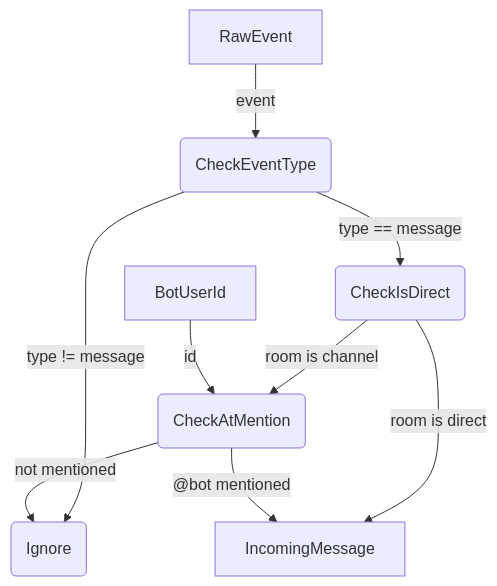
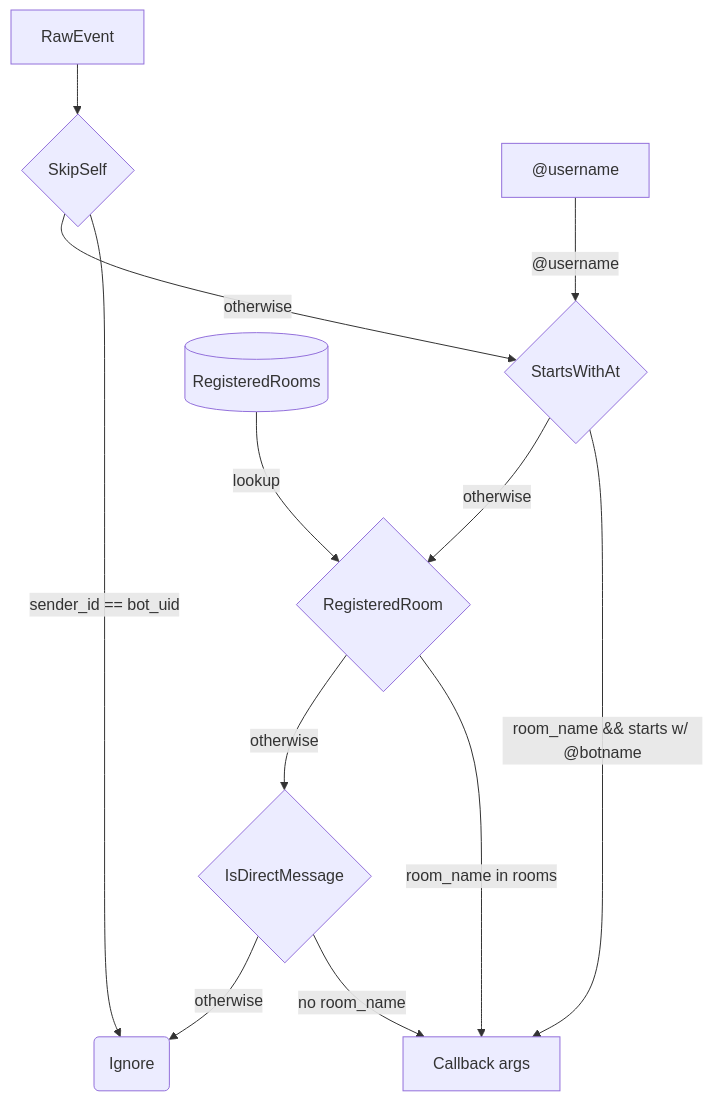
One commit to cosmoswafer/rockbot changed the third of 5 diagrams in _dfds/rocketchat.md. Above: the diagram before and after it, drawn with Mermaid. The commit also changed other lines of this file and 2 other files, not shown here.

Commit message:
refactor(dfd): align diagrams with Python implementation

````diff
--- a/_dfds/rocketchat.md
+++ b/_dfds/rocketchat.md
@@ -70,19 +80,24 @@
 ```mermaid
 flowchart TD
     RAW[RawEvent]
-    CHECK_TYPE(CheckEventType)
-    CHECK_DM(CheckIsDirect)
-    CHECK_AT(CheckAtMention)
+    SKIP_SELF{SkipSelf}
+    MENTION{StartsWithAt}
+    REG_RM{RegisteredRoom}
+    IS_DM{IsDirectMessage}
     IGNORE(Ignore)
-    MSG[IncomingMessage]
-    BOT_ID[BotUserId]
+    MSG[Callback args]
+    BOTNAME["@username"]
+    ROOMS[(RegisteredRooms)]
 
-    RAW -->|"event"| CHECK_TYPE
-    CHECK_TYPE -->|"type != message"| IGNORE
-    CHECK_TYPE -->|"type == message"| CHECK_DM
-    CHECK_DM -->|"room is direct"| MSG
-    CHECK_DM -->|"room is channel"| CHECK_AT
-    CHECK_AT -->|"@bot mentioned"| MSG
-    CHECK_AT -->|"not mentioned"| IGNORE
-    BOT_ID -->|"id"| CHECK_AT
+    RAW --> SKIP_SELF
+    SKIP_SELF -->|"sender_id == bot_uid"| IGNORE
+    SKIP_SELF -->|"otherwise"| MENTION
+    MENTION -->|"room_name && starts w/ @botname"| MSG
+    MENTION -->|"otherwise"| REG_RM
+    REG_RM -->|"room_name in rooms"| MSG
+    REG_RM -->|"otherwise"| IS_DM
+    IS_DM -->|"no room_name"| MSG
+    IS_DM -->|"otherwise"| IGNORE
+    BOTNAME -->|"@username"| MENTION
+    ROOMS -->|"lookup"| REG_RM
 ```
````
